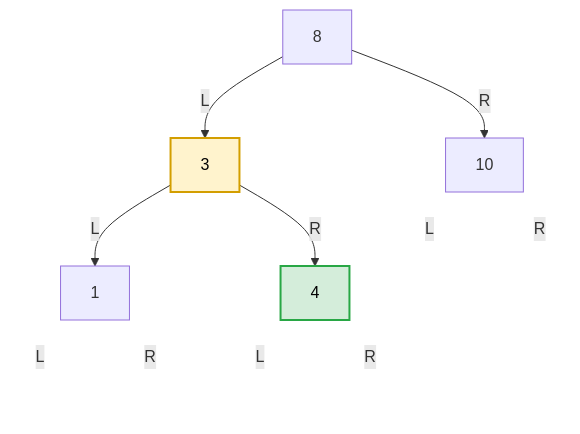
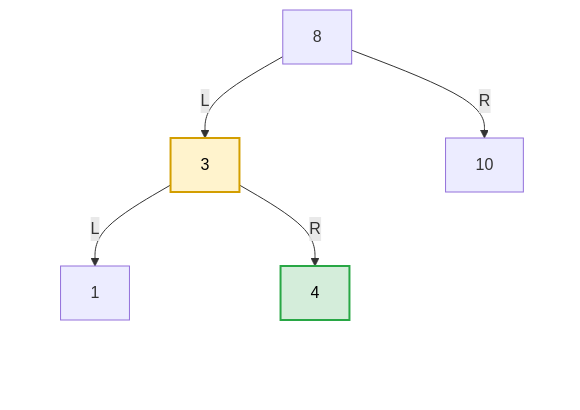
One commit to FormingSystem/linux_note changed diagram 13 of 19 in knowledge/linux/data_structures/红黑树_rb-tree/P22_BST删除与子树回接.md. Above: the diagram before and after it, drawn with Mermaid. The commit also changed other lines of this file and 3 other files, not shown here.

````diff
--- a/knowledge/linux/data_structures/红黑树_rb-tree/P22_BST删除与子树回接.md
+++ b/knowledge/linux/data_structures/红黑树_rb-tree/P22_BST删除与子树回接.md
@@ -944,50 +951,50 @@
 ```mermaid
 graph TD
 		A["8"]
 
 		B["3"]
 		C["10"]
 
 		D["1"]
 		F["4"]
 		C_L[" "]
 		C_R[" "]
 
 		D_L[" "]
 		D_R[" "]
 		F_L[" "]
 		F_R[" "]
 
 	A -->|L| B
 	A -->|R| C
 
 	B -->|L| D
 	B -->|R| F
 
-	C -->|L| C_L
-	C -->|R| C_R
+	C --> C_L
+	C --> C_R
 
-	D -->|L| D_L
-	D -->|R| D_R
+	D --> D_L
+	D --> D_R
 
-	F -->|L| F_L
-	F -->|R| F_R
+	F --> F_L
+	F --> F_R
 
 	classDef target fill:#f8d7da,stroke:#c82333,stroke-width:2px,color:#000;
 	classDef replace fill:#d4edda,stroke:#28a745,stroke-width:2px,color:#000;
 	classDef parent fill:#fff3cd,stroke:#d39e00,stroke-width:2px,color:#000;
 	classDef moved fill:#d1ecf1,stroke:#0c5460,stroke-width:2px,color:#000;
 	classDef ghost fill:transparent,stroke:transparent,color:transparent;
 
 	class B parent;
 	class F replace;
 	class C_L,C_R,D_L,D_R,F_L,F_R ghost;
 
 
 	linkStyle 4 stroke:transparent;
 	linkStyle 5 stroke:transparent;
 	linkStyle 6 stroke:transparent;
 	linkStyle 7 stroke:transparent;
 	linkStyle 8 stroke:transparent;
 	linkStyle 9 stroke:transparent;
 ```
````
